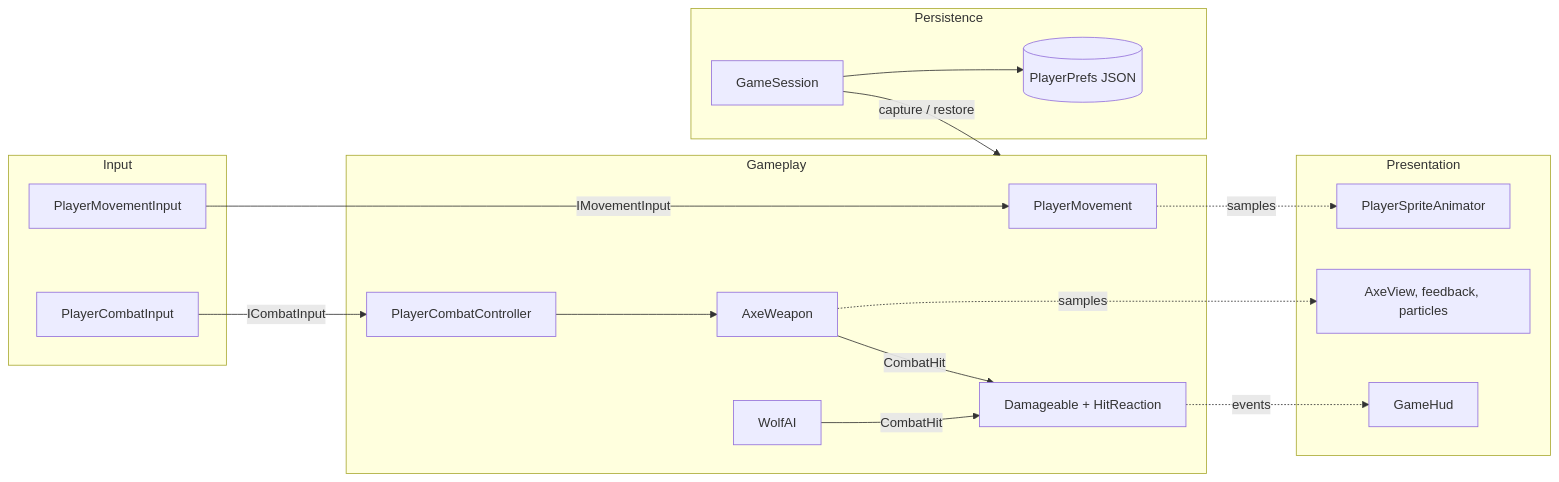
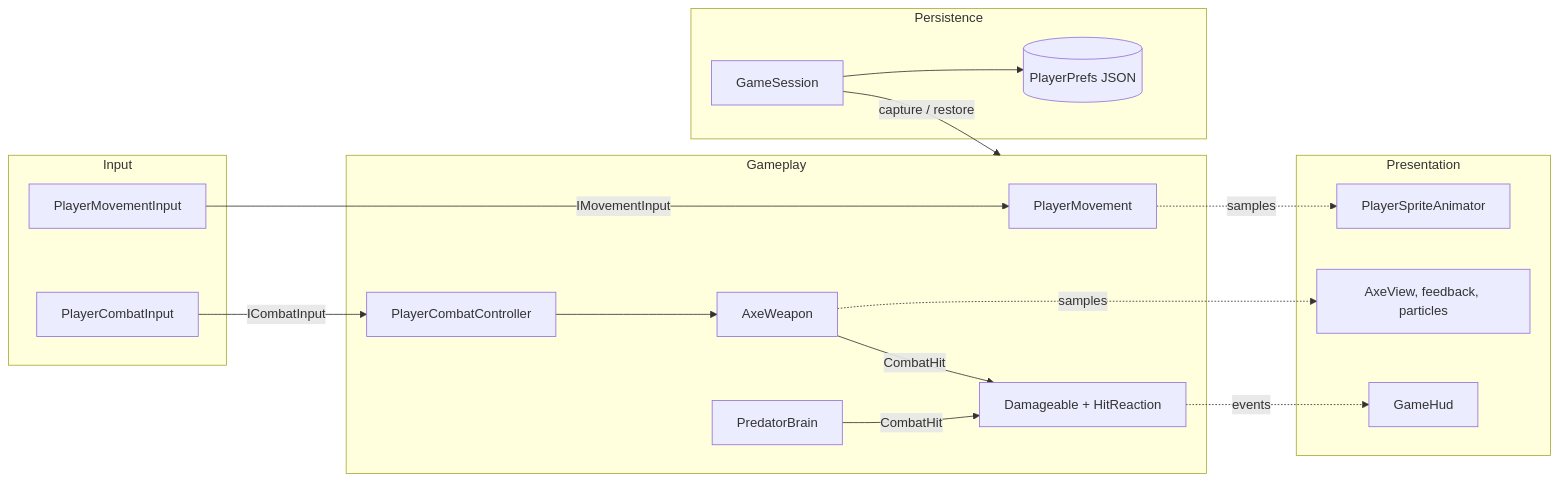
The first of 6 diagrams in Docs/SystemsOverview.md (Ronno7/RoadOfTheOldKing), drawn with Mermaid before and after one commit. The commit also changed other lines of this file and 126 other files, not shown here.

````diff
--- a/Docs/SystemsOverview.md
+++ b/Docs/SystemsOverview.md
@@ -15,33 +15,33 @@
 ```mermaid
 flowchart LR
   subgraph Input
     MI[PlayerMovementInput]
     CI[PlayerCombatInput]
   end
   subgraph Gameplay
     PM[PlayerMovement]
     PC[PlayerCombatController]
     AW[AxeWeapon]
     HP["Damageable + HitReaction"]
-    EN[WolfAI]
+    EN[PredatorBrain]
   end
   subgraph Presentation
     AN[PlayerSpriteAnimator]
     FX["AxeView, feedback, particles"]
     HUD[GameHud]
   end
   subgraph Persistence
     CS[GameSession]
     ST[("PlayerPrefs JSON")]
   end
   MI -->|IMovementInput| PM
   CI -->|ICombatInput| PC
   PC --> AW
   AW -->|CombatHit| HP
   EN -->|CombatHit| HP
   PM -.->|samples| AN
   AW -.->|samples| FX
   HP -.->|events| HUD
   CS -->|"capture / restore"| Gameplay
   CS --> ST
 ```
````
